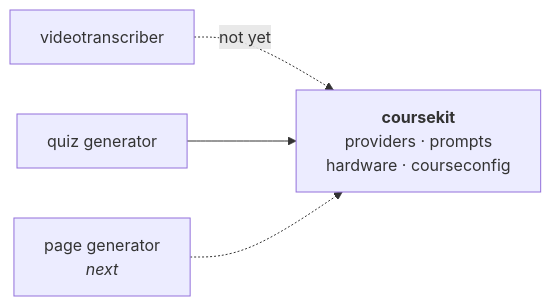
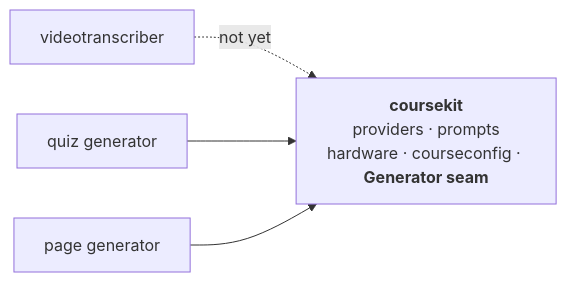
The second of 2 diagrams in agent/architecture.md (andrew-atkinson/quizbot), drawn with Mermaid before and after one commit. The commit also changed other lines of this file and 30 other files, not shown here.

First line of the commit message:
feat: the page generator, on a shared Generator seam

````diff
--- a/agent/architecture.md
+++ b/agent/architecture.md
@@ -92,7 +92,7 @@
 ```mermaid
 flowchart LR
     VT["videotranscriber"] -.->|"not yet"| CK
     QZ["quiz generator"] --> CK
-    PG["page generator<br/><i>next</i>"] -.-> CK
-    CK["<b>coursekit</b><br/>providers · prompts<br/>hardware · courseconfig"]
+    PG["page generator"] --> CK
+    CK["<b>coursekit</b><br/>providers · prompts<br/>hardware · courseconfig · <b>Generator seam</b>"]
 ```
````
